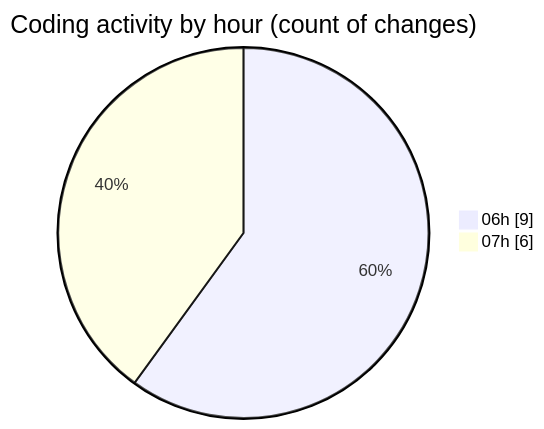
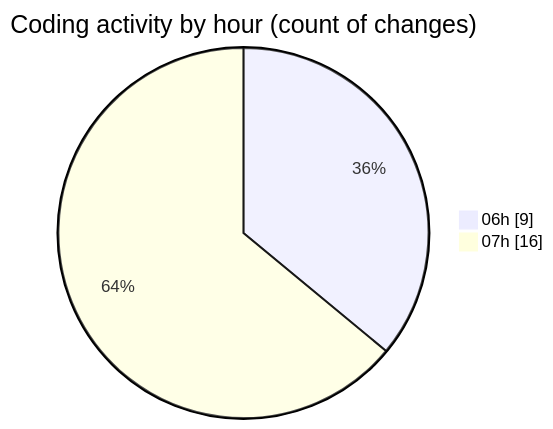
Before and after one commit to robertbonfada/code-tracking: the second of 2 diagrams in 2025-02-18/mbc-web/README.md, drawn with Mermaid. The commit also changed other lines of this file and 1 other file, not shown here.

````diff
--- a/2025-02-18/mbc-web/README.md
+++ b/2025-02-18/mbc-web/README.md
@@ -34,6 +37,6 @@
 ```mermaid
 pie showData
 title Coding activity by hour (count of changes)
 "06h" : 9
-"07h" : 6
+"07h" : 16
 ```
````
